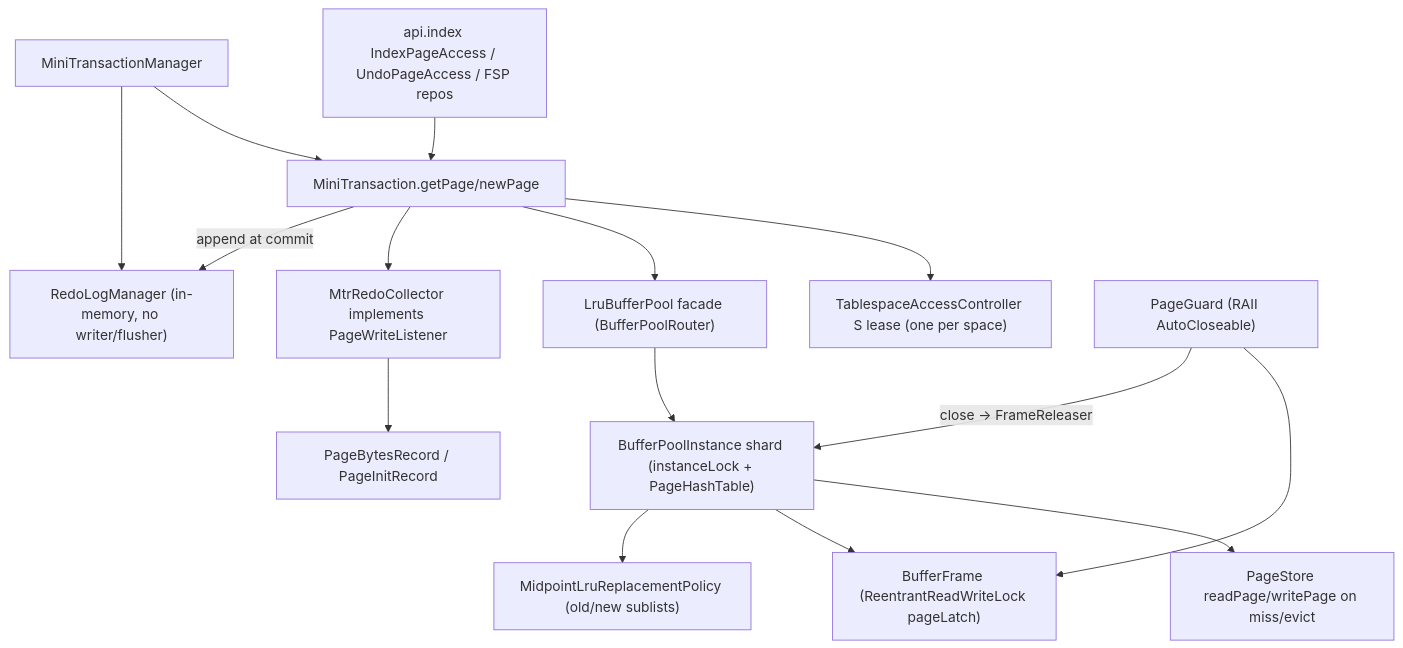
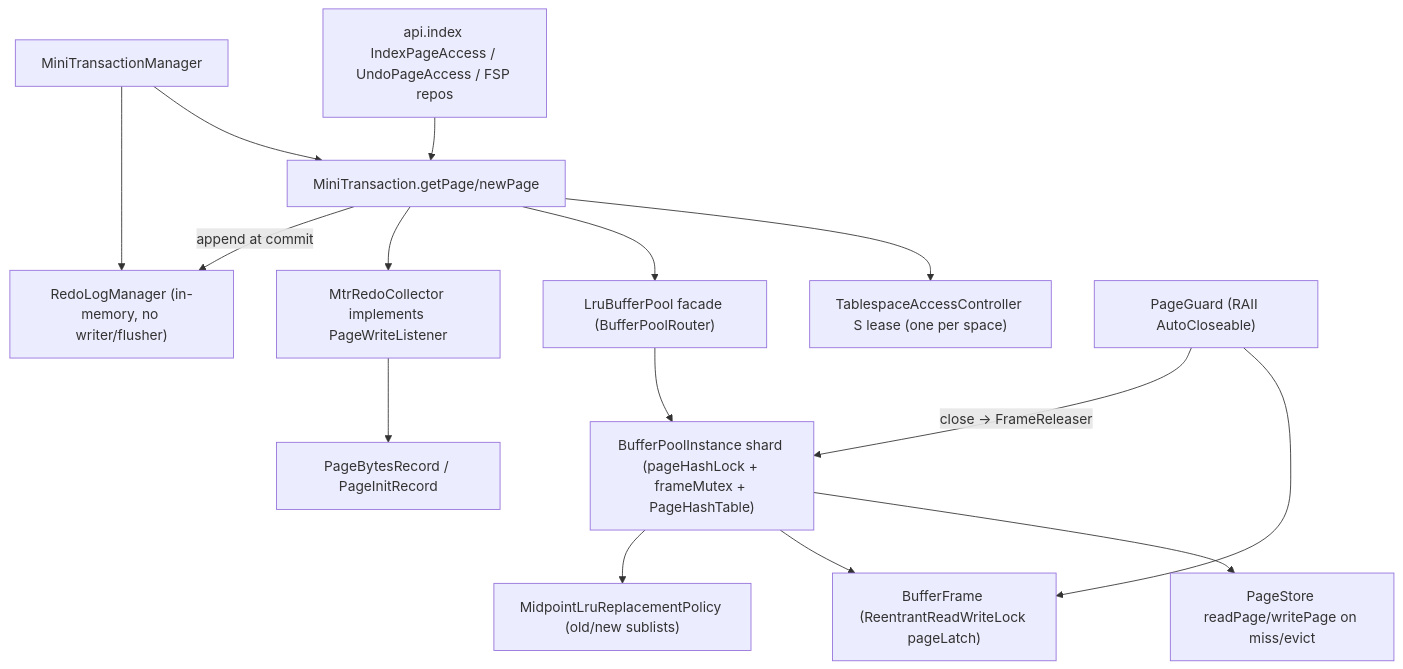
One commit to mywnlb/dbtest changed the second of 9 diagrams in docs/design/current-implementation-map.md. Above: the diagram before and after it, drawn with Mermaid. The commit also changed other lines of this file and 118 other files, not shown here.

````diff
--- a/docs/design/current-implementation-map.md
+++ b/docs/design/current-implementation-map.md
@@ -86,17 +88,17 @@
 ```mermaid
 flowchart TD
   Caller["api.index IndexPageAccess / UndoPageAccess / FSP repos"] --> Mtr["MiniTransaction.getPage/newPage"]
   Mtr --> Access["TablespaceAccessController S lease (one per space)"]
   Mtr --> Pool["LruBufferPool facade (BufferPoolRouter)"]
-  Pool --> Inst["BufferPoolInstance shard (instanceLock + PageHashTable)"]
+  Pool --> Inst["BufferPoolInstance shard (pageHashLock + frameMutex + PageHashTable)"]
   Inst --> Store["PageStore readPage/writePage on miss/evict"]
   Inst --> Frame["BufferFrame (ReentrantReadWriteLock pageLatch)"]
   Inst --> Policy["MidpointLruReplacementPolicy (old/new sublists)"]
   Mtr --> Collector["MtrRedoCollector implements PageWriteListener"]
   Collector --> RedoRecords["PageBytesRecord / PageInitRecord"]
   Mgr["MiniTransactionManager"] --> Mtr
   Mgr --> RedoMgr["RedoLogManager (in-memory, no writer/flusher)"]
   Mtr -->|append at commit| RedoMgr
   Guard["PageGuard (RAII AutoCloseable)"] --> Frame
   Guard -->|close -> FrameReleaser| Inst
 ```
````
